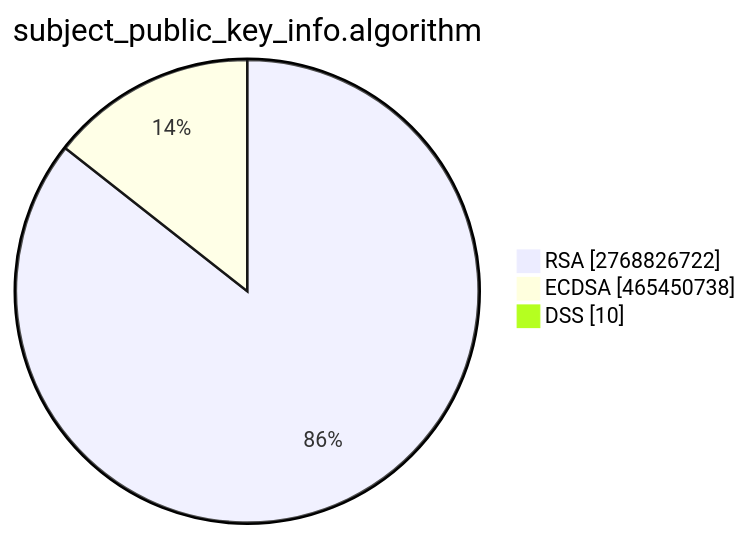
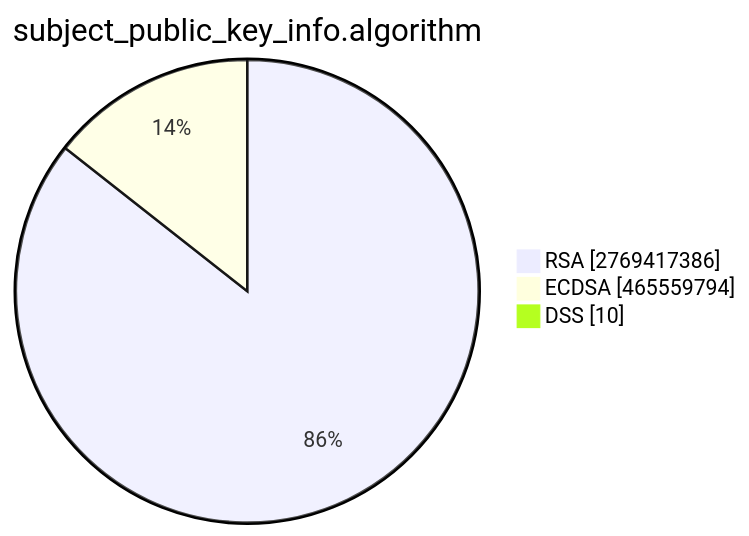
One commit to christiankrug/ctmonitor_visualization changed the second of 15 diagrams in TOTAL/README.md. Above: the diagram before and after it, drawn with Mermaid. The commit also changed other lines of this file, not shown here.

````diff
--- a/TOTAL/README.md
+++ b/TOTAL/README.md
@@ -6,7 +6,7 @@
 ```mermaid
 pie showData
 title subject_public_key_info.algorithm
-"RSA" :2768826722
-"ECDSA" :465450738
+"RSA" :2769417386
+"ECDSA" :465559794
 "DSS" :10
 ```
````
